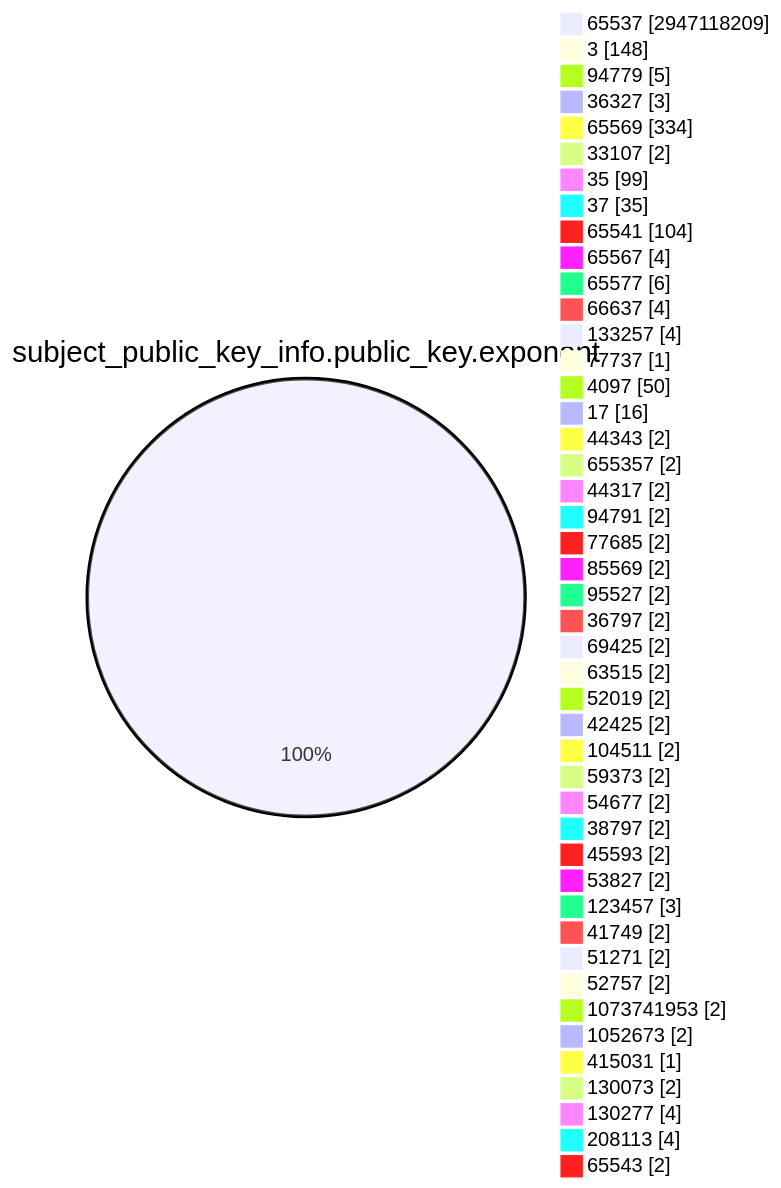
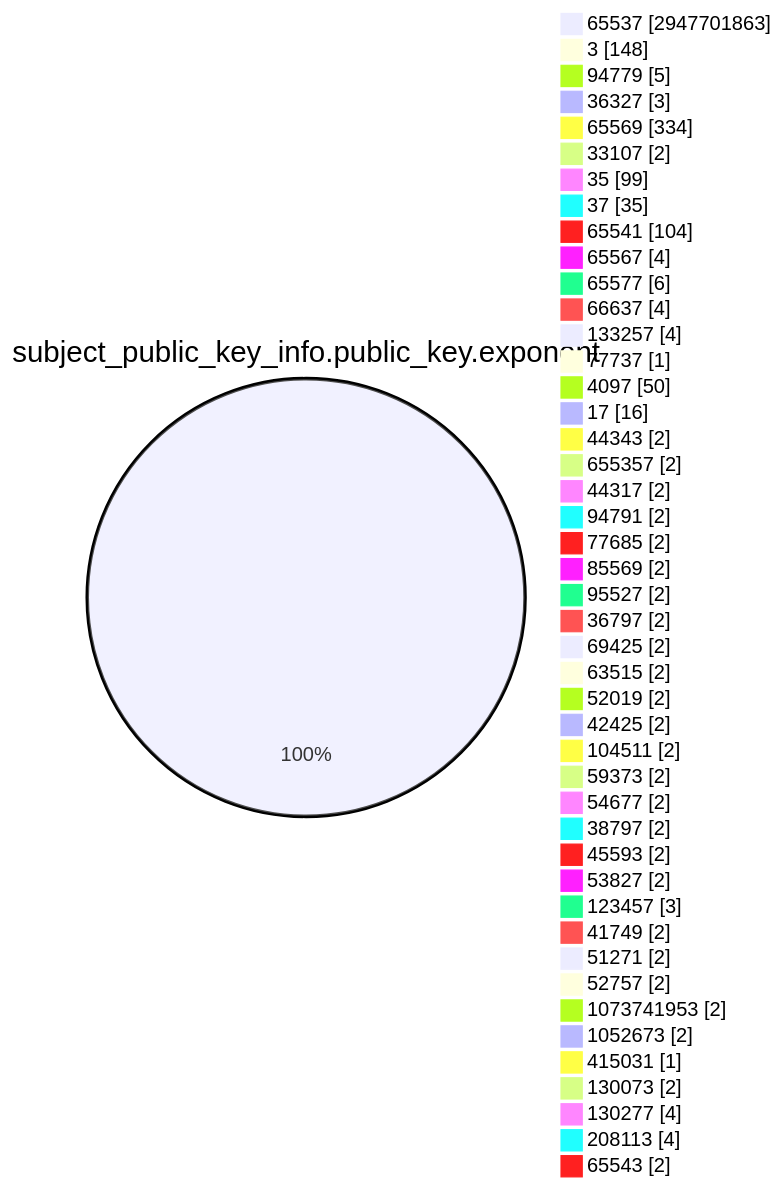
Before and after one commit to christiankrug/ctmonitor_visualization: the fourth of 15 diagrams in TOTAL/README.md, drawn with Mermaid. The commit also changed other lines of this file, not shown here.

````diff
--- a/TOTAL/README.md
+++ b/TOTAL/README.md
@@ -1471,49 +1471,49 @@
 ```mermaid
 pie showData
 title subject_public_key_info.public_key.exponent
-"65537" :2947118209
+"65537" :2947701863
 "3" :148
 "94779" :5
 "36327" :3
 "65569" :334
 "33107" :2
 "35" :99
 "37" :35
 "65541" :104
 "65567" :4
 "65577" :6
 "66637" :4
 "133257" :4
 "77737" :1
 "4097" :50
 "17" :16
 "44343" :2
 "655357" :2
 "44317" :2
 "94791" :2
 "77685" :2
 "85569" :2
 "95527" :2
 "36797" :2
 "69425" :2
 "63515" :2
 "52019" :2
 "42425" :2
 "104511" :2
 "59373" :2
 "54677" :2
 "38797" :2
 "45593" :2
 "53827" :2
 "123457" :3
 "41749" :2
 "51271" :2
 "52757" :2
 "1073741953" :2
 "1052673" :2
 "415031" :1
 "130073" :2
 "130277" :4
 "208113" :4
 "65543" :2
 ```
````
